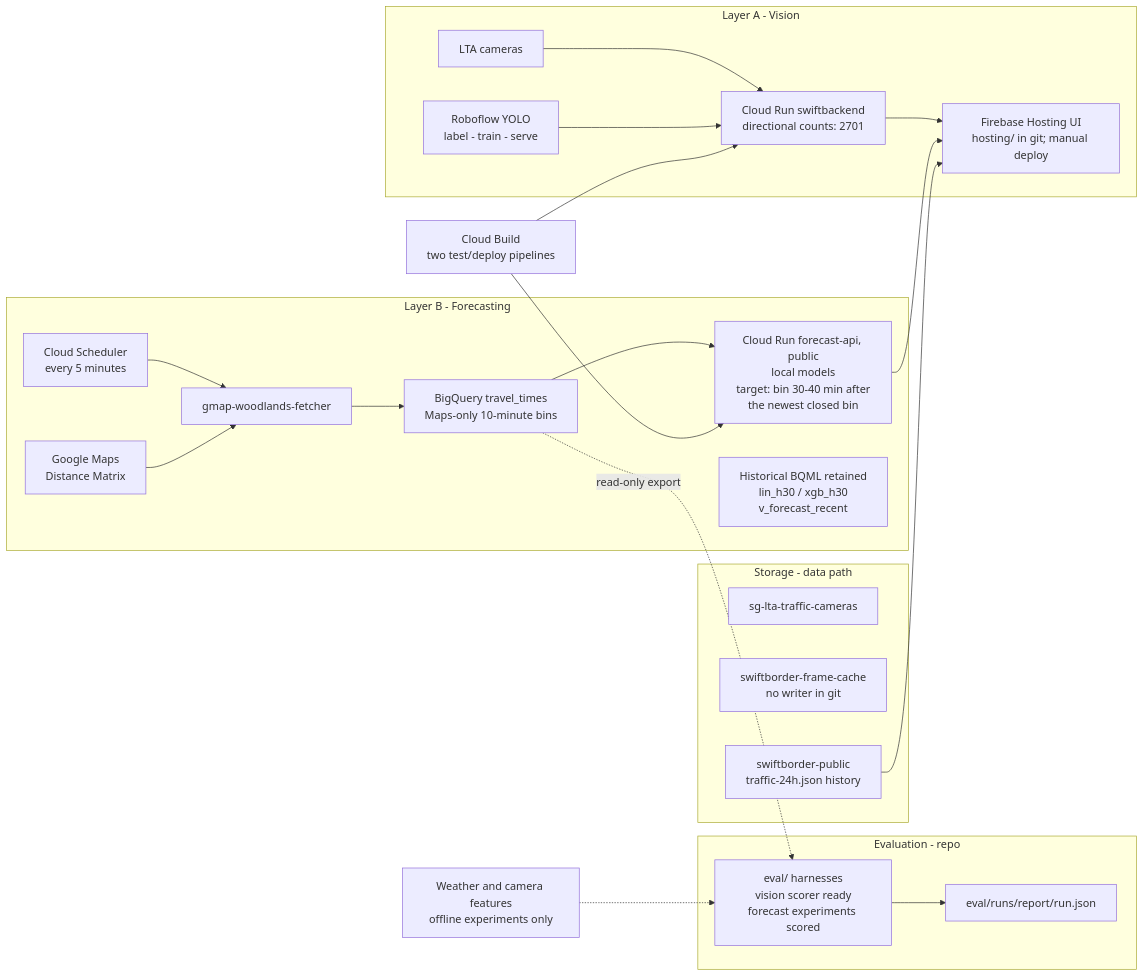
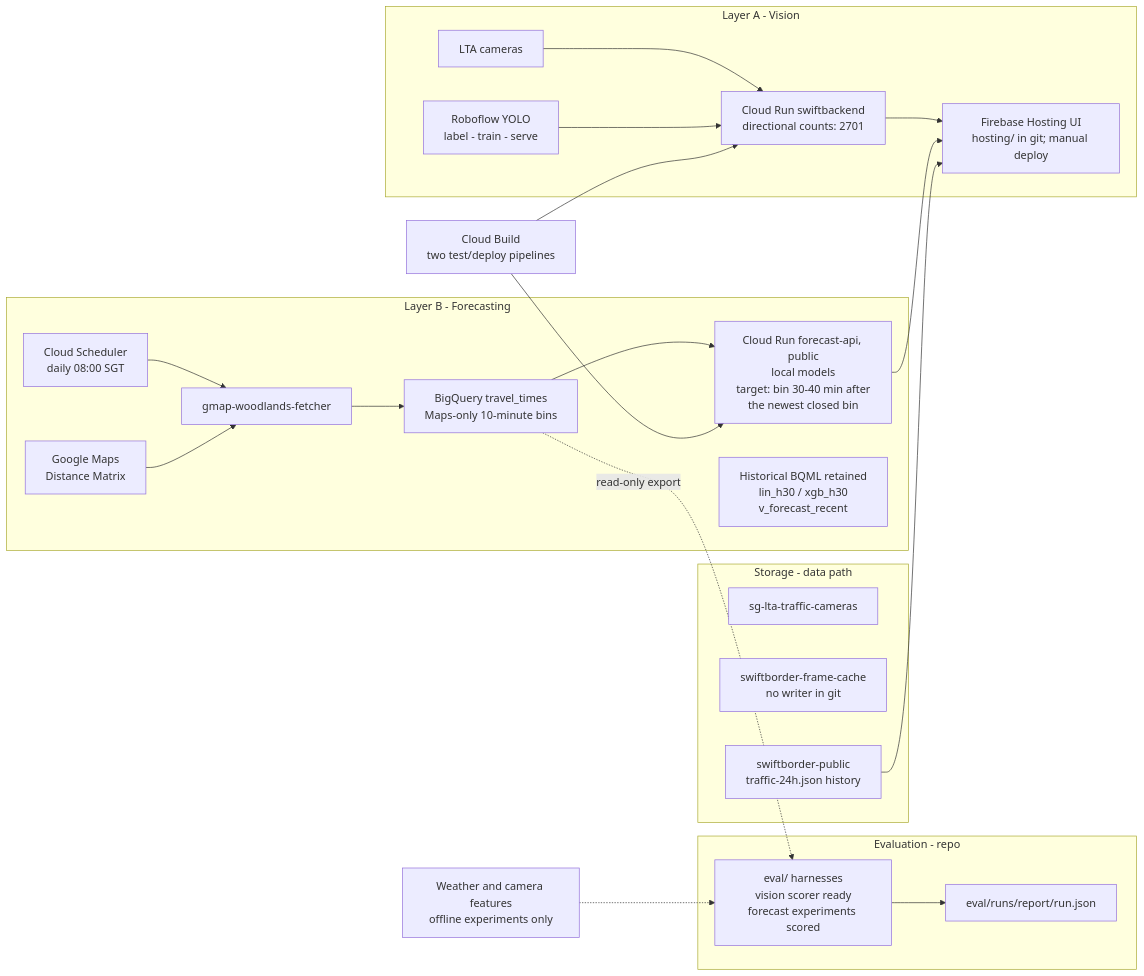
One commit to sozuken-max/swiftborder changed the first of 2 diagrams in docs/architecture.md. Above: the diagram before and after it, drawn with Mermaid. The commit also changed other lines of this file and 23 other files, not shown here.

````diff
--- a/docs/architecture.md
+++ b/docs/architecture.md
@@ -39,28 +39,28 @@
 ```mermaid
 flowchart LR
   subgraph LA["Layer A - Vision"]
     LTA["LTA cameras"] --> SB["Cloud Run swiftbackend<br/>directional counts: 2701"]
     RF["Roboflow YOLO<br/>label - train - serve"] --> SB
     SB --> UI["Firebase Hosting UI<br/>hosting/ in git; manual deploy"]
   end
   subgraph LB["Layer B - Forecasting"]
-    SCH["Cloud Scheduler<br/>every 5 minutes"] --> ING["gmap-woodlands-fetcher"]
+    SCH["Cloud Scheduler<br/>daily 08:00 SGT"] --> ING["gmap-woodlands-fetcher"]
     GM["Google Maps<br/>Distance Matrix"] --> ING
     ING --> TT["BigQuery travel_times<br/>Maps-only 10-minute bins"]
     TT --> API["Cloud Run forecast-api, public<br/>local models<br/>target: bin 30-40 min after<br/>the newest closed bin"]
     API --> UI
     OLD["Historical BQML retained<br/>lin_h30 / xgb_h30<br/>v_forecast_recent"]
   end
   BUILD["Cloud Build<br/>two test/deploy pipelines"] --> SB
   BUILD --> API
   subgraph GCS["Storage - data path"]
     CAM["sg-lta-traffic-cameras"]
     CACHE["swiftborder-frame-cache<br/>no writer in git"]
     PUB["swiftborder-public<br/>traffic-24h.json history"] --> UI
   end
   subgraph EV["Evaluation - repo"]
     HAR["eval/ harnesses<br/>vision scorer ready<br/>forecast experiments scored"] --> REP["eval/runs/report/run.json"]
   end
   TT -.->|"read-only export"| HAR
   UNUSED["Weather and camera features<br/>offline experiments only"] -.-> HAR
 ```
````
